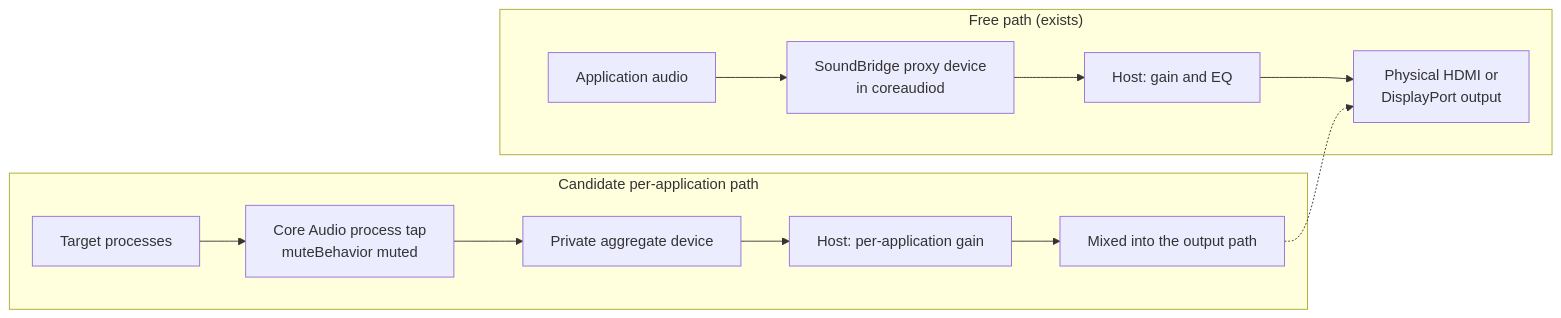
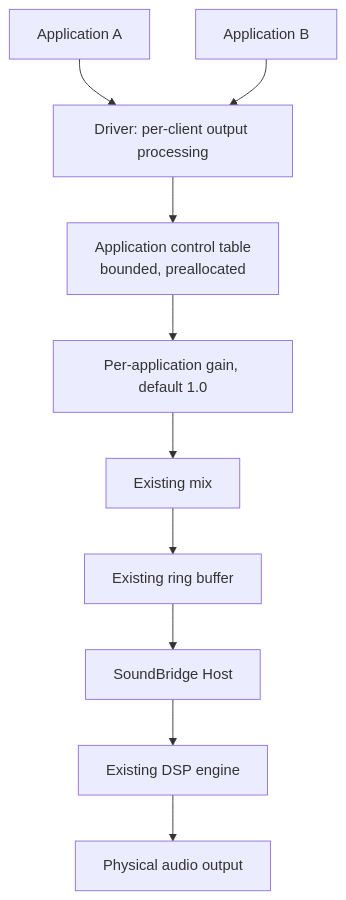
One commit to chenjy16/SoundBridge changed the diagram in docs/product/ROADMAP.md. Above: the diagram before and after it, drawn with Mermaid. The commit also changed other lines of this file, not shown here.

````diff
--- a/docs/product/ROADMAP.md
+++ b/docs/product/ROADMAP.md
@@ -347,15 +240,12 @@
 ```mermaid
-flowchart LR
-  subgraph free["Free path (exists)"]
-    A1[Application audio] --> A2[SoundBridge proxy device<br/>in coreaudiod]
-    A2 --> A3[Host: gain and EQ]
-    A3 --> A4[Physical HDMI or<br/>DisplayPort output]
-  end
-  subgraph paid["Candidate per-application path"]
-    B1[Target processes] --> B2[Core Audio process tap<br/>muteBehavior muted]
-    B2 --> B3[Private aggregate device]
-    B3 --> B4[Host: per-application gain]
-    B4 --> B5[Mixed into the output path]
-  end
-  B5 -.-> A4
+flowchart TB
+  A1[Application A] --> D1[Driver: per-client output processing]
+  A2[Application B] --> D1
+  D1 --> T[Application control table<br/>bounded, preallocated]
+  T --> G[Per-application gain, default 1.0]
+  G --> M[Existing mix]
+  M --> R[Existing ring buffer]
+  R --> H[SoundBridge Host]
+  H --> S[Existing DSP engine]
+  S --> P[Physical audio output]
 ```
````
